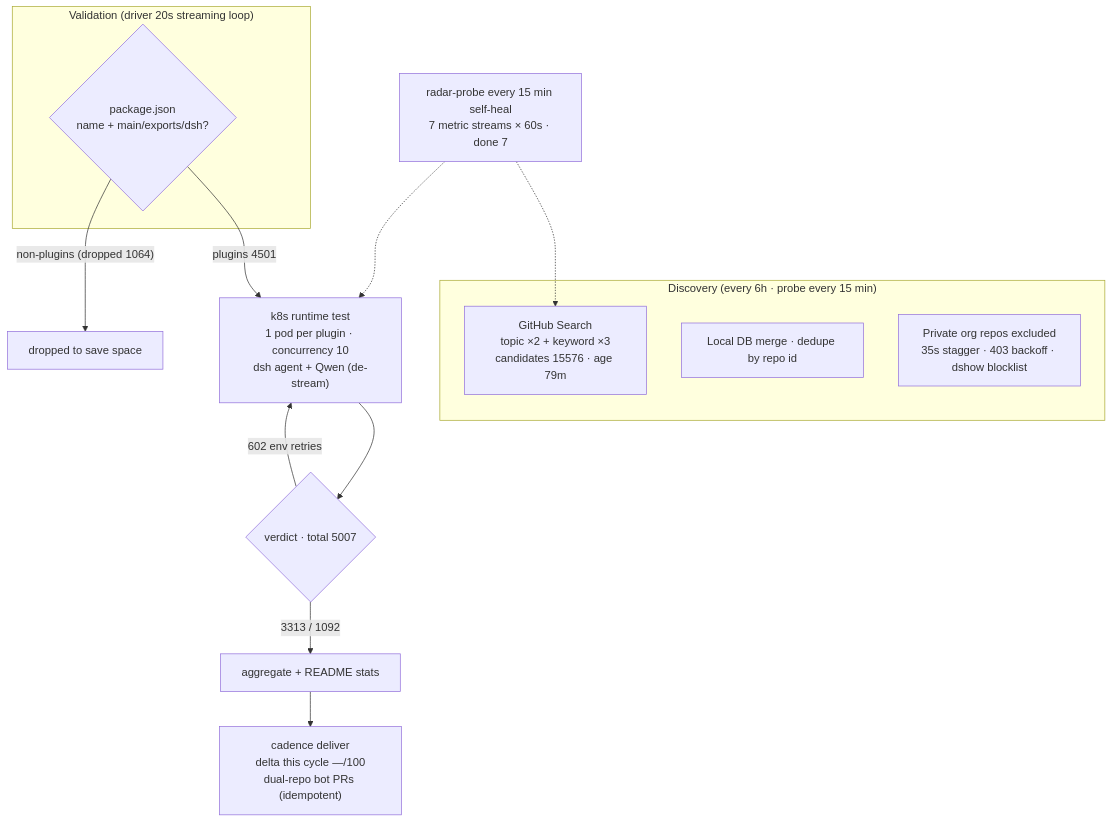
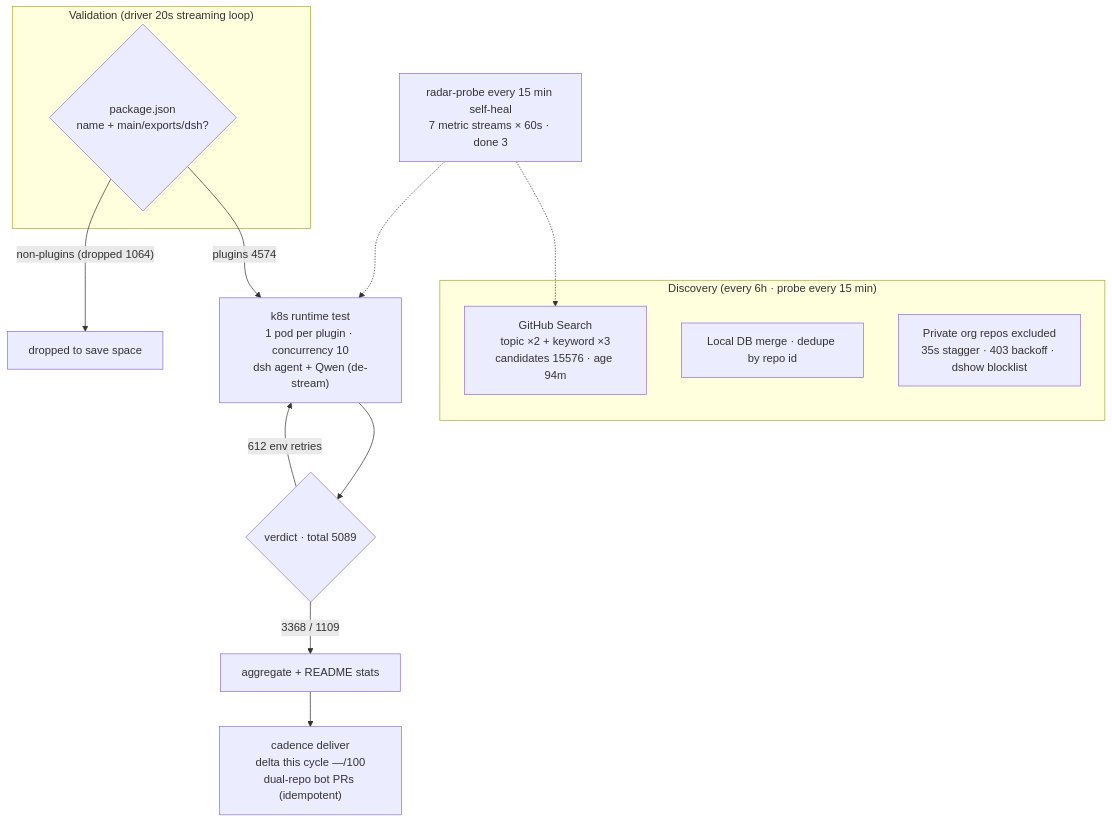
The diagram in README.en-US.md (AdamPlatin123/awesome-dsh-plugins), drawn with Mermaid before and after one commit. The commit also changed other lines of this file and 5 other files, not shown here.

````diff
--- a/README.en-US.md
+++ b/README.en-US.md
@@ -30,20 +30,20 @@
 ```mermaid
 flowchart TB
     subgraph Discovery["Discovery (every 6h · probe every 15 min)"]
-        A1["GitHub Search<br/>topic ×2 + keyword ×3<br/>candidates 15576 · age 79m"]
+        A1["GitHub Search<br/>topic ×2 + keyword ×3<br/>candidates 15576 · age 94m"]
         A2["Local DB merge · dedupe by repo id"]
         A3["Private org repos excluded<br/>35s stagger · 403 backoff · dshow blocklist"]
     end
     subgraph Validation["Validation (driver 20s streaming loop)"]
         B1{"package.json<br/>name + main/exports/dsh?"}
     end
-    B1 -->|"plugins 4501"| C1["k8s runtime test<br/>1 pod per plugin · concurrency 10<br/>dsh agent + Qwen (de-stream)"]
+    B1 -->|"plugins 4574"| C1["k8s runtime test<br/>1 pod per plugin · concurrency 10<br/>dsh agent + Qwen (de-stream)"]
     B1 -->|"non-plugins (dropped 1064)"| B3["dropped to save space"]
-    C1 --> D1{"verdict · total 5007"}
-    D1 -->|"3313 / 1092"| E1["aggregate + README stats"]
-    D1 -->|"602 env retries"| C1
+    C1 --> D1{"verdict · total 5089"}
+    D1 -->|"3368 / 1109"| E1["aggregate + README stats"]
+    D1 -->|"612 env retries"| C1
     E1 --> E2["cadence deliver<br/>delta this cycle —/100<br/>dual-repo bot PRs (idempotent)"]
-    M["radar-probe every 15 min self-heal<br/>7 metric streams × 60s · done 7"]
+    M["radar-probe every 15 min self-heal<br/>7 metric streams × 60s · done 3"]
     M -.-> A1
     M -.-> C1
 ```
````
